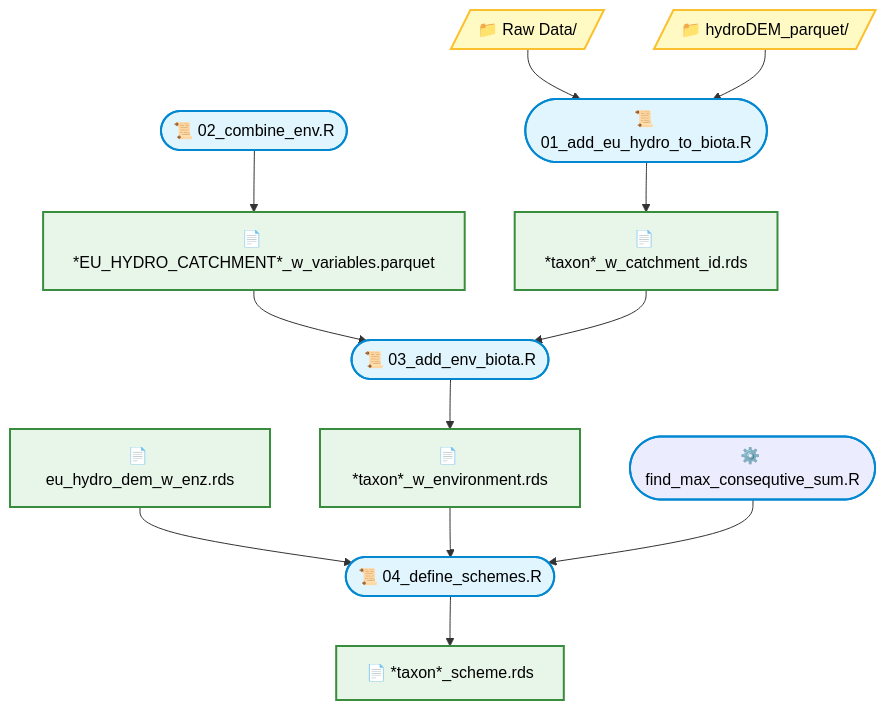
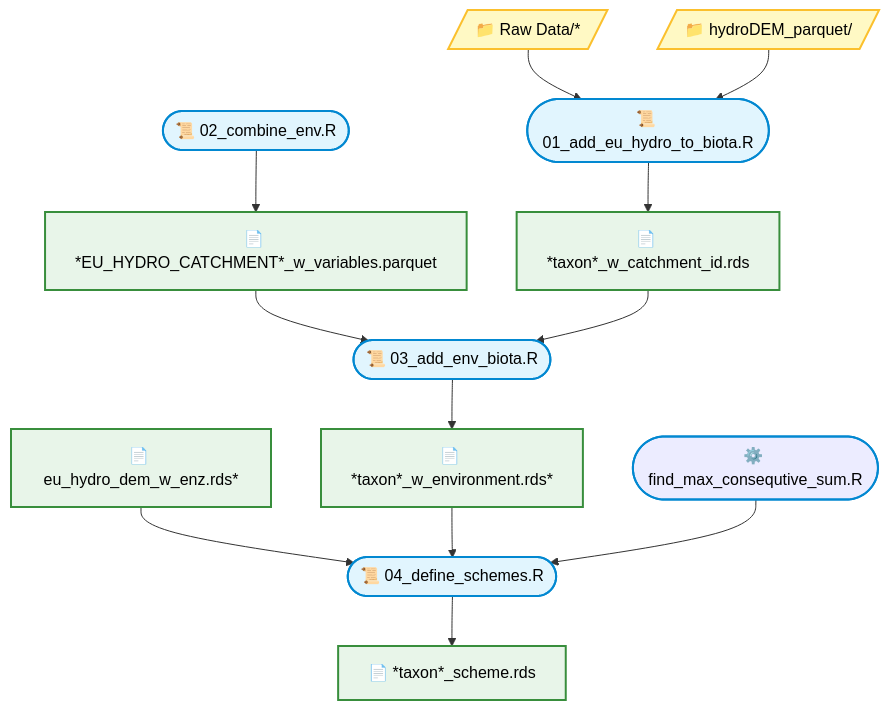
One commit to JonJup/FreshwaterTypologyBenchmarks changed the diagram in docs/01_prepare_data.md. Above: the diagram before and after it, drawn with Mermaid. The commit also changed other lines of this file, not shown here.

````diff
--- a/docs/01_prepare_data.md
+++ b/docs/01_prepare_data.md
@@ -1,47 +3,47 @@
 ``` mermaid
 
 graph TD
 
     %% 1. Define custom colors for each type
 	    classDef script fill:#E1F5FE,stroke:#0288D1,stroke-width:2px,color:#000
 	    classDef helper fill:#A2G5FX,stroke:#0288D1,stroke-width:2px,color:#000
 	    classDef file fill:#E8F5E9,stroke:#388E3C,stroke-width:2px,color:#000
 	    classDef folder fill:#FFF9C4,stroke:#FBC02D,stroke-width:2px,color:#000
 	    
 	%% 2. Define Scripts (Stadium shape)
     S1(["📜 01_add_eu_hydro_to_biota.R"]):::script
     S2(["📜 02_combine_env.R"]):::script
     S3(["📜 03_add_env_biota.R"]):::script
     S4(["📜 04_define_schemes.R"]):::script
     
     %% 3. Define Helpers 
     H1(["⚙️ find_max_consequtive_sum.R"]):::helper
     
 	%% 4. Define Files (Standard rectangle)
     F1["📄 *taxon*_w_catchment_id.rds"]:::file
     F2["📄 *EU_HYDRO_CATCHMENT*_w_variables.parquet"]:::file
-    F3["📄 eu_hydro_dem_w_enz.rds"]:::file
+    F3["📄 eu_hydro_dem_w_enz.rds*"]:::file
     F4["📄 *taxon*_scheme.rds"]:::file
-    F5["📄 *taxon*_w_environment.rds"]:::file
+    F5["📄 *taxon*_w_environment.rds*"]:::file
 	
     %% 5. Define Folders (Trapezoid shape)
-    D1[/"📁 Raw Data/"/]:::folder
+    D1[/"📁 Raw Data/*"/]:::folder
 	D2[/"📁 hydroDEM_parquet/"/]:::folder
 	
     
     D1 --> S1
      D2 --> S1
 F2 --> S3
 F1 --> S3
 
 F3 --> S4
 F5 --> S4
 
 H1 --> S4
      
      S1 --> F1
      S2 --> F2    
      S3 --> F5
 S4 --> F4     
 
 ```
````
